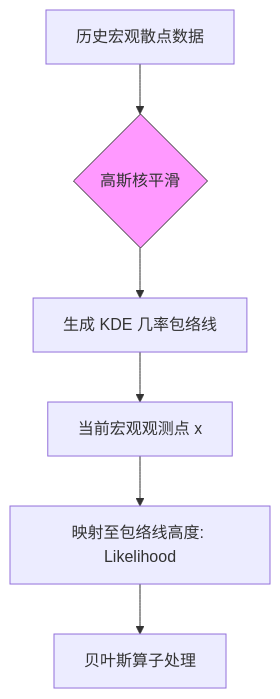
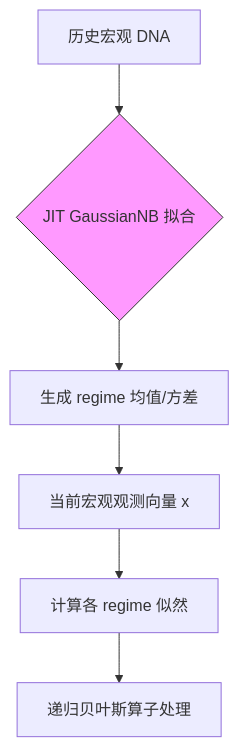
Diagram 13 of 14 in docs/V11_5_USER_PHILOSOPHY.md (yutaofr/qqq-buyer-monitor), drawn with Mermaid before and after one commit. The commit also changed other lines of this file and 1 other file, not shown here.

````diff
--- a/docs/V11_5_USER_PHILOSOPHY.md
+++ b/docs/V11_5_USER_PHILOSOPHY.md
@@ -398,9 +399,9 @@
 ```mermaid
 graph TD
-    A[历史宏观散点数据] --> B{高斯核平滑}
-    B --> C[生成 KDE 几率包络线]
-    C --> D[当前宏观观测点 x]
-    D --> E[映射至包络线高度: Likelihood]
-    E --> F[贝叶斯算子处理]
+    A[历史宏观 DNA] --> B{JIT GaussianNB 拟合}
+    B --> C[生成 regime 均值/方差]
+    C --> D[当前宏观观测向量 x]
+    D --> E[计算各 regime 似然]
+    E --> F[递归贝叶斯算子处理]
     style B fill:#f9f,stroke:#333
 ```
````
